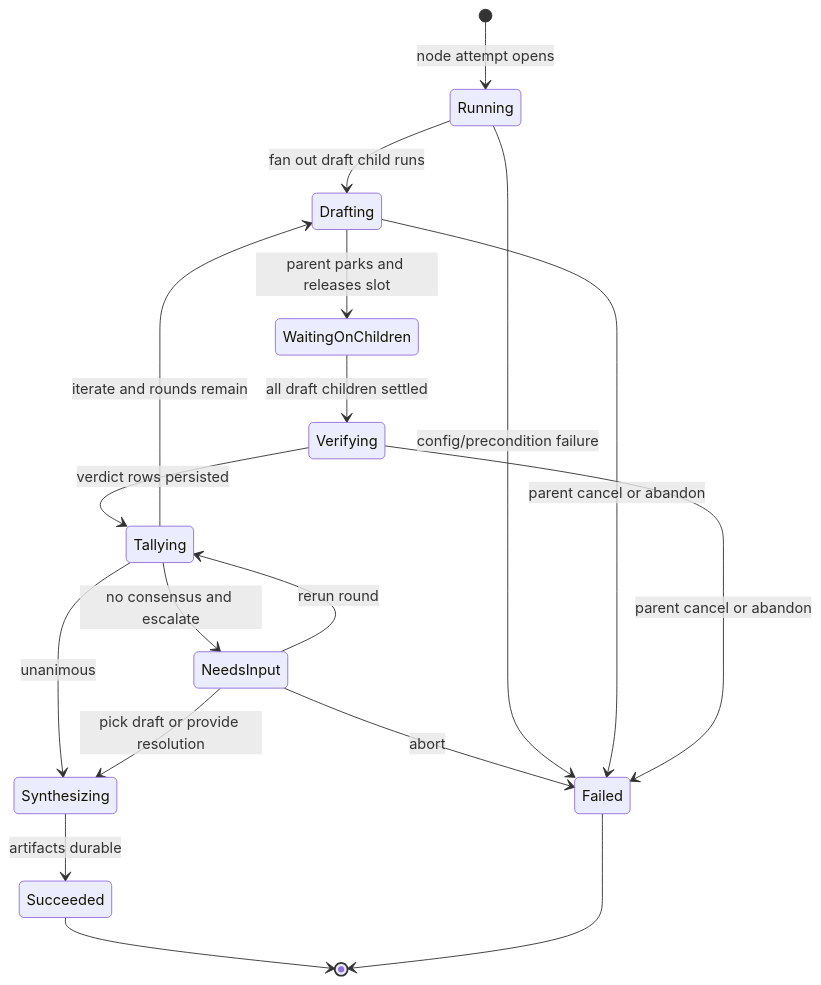
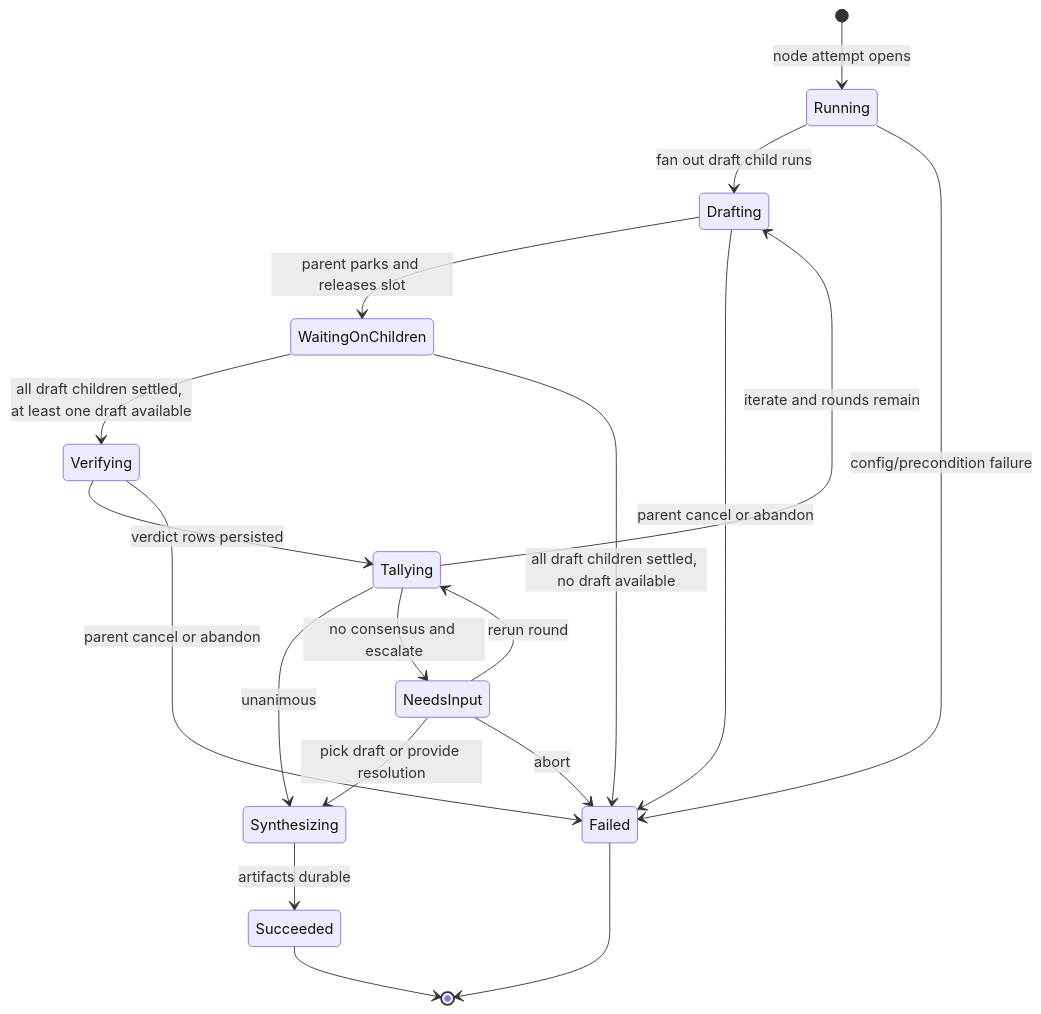
Before and after one commit to maister-dev/maister: the first of 4 diagrams in docs/system-analytics/consensus.md, drawn with Mermaid. The commit also changed other lines of this file and 19 other files, not shown here.

First line of the commit message:
fix(consensus): dispatch draft children outside the parent's traversal claim

````diff
--- a/docs/system-analytics/consensus.md
+++ b/docs/system-analytics/consensus.md
@@ -67,20 +67,21 @@
 ```mermaid
 stateDiagram-v2
     [*] --> Running: node attempt opens
     Running --> Drafting: fan out draft child runs
     Drafting --> WaitingOnChildren: parent parks and releases slot
-    WaitingOnChildren --> Verifying: all draft children settled
+    WaitingOnChildren --> Verifying: all draft children settled, at least one draft available
+    WaitingOnChildren --> Failed: all draft children settled, no draft available
     Verifying --> Tallying: verdict rows persisted
     Tallying --> Synthesizing: unanimous
     Tallying --> Drafting: iterate and rounds remain
     Tallying --> NeedsInput: no consensus and escalate
     NeedsInput --> Tallying: rerun round
     NeedsInput --> Synthesizing: pick draft or provide resolution
     NeedsInput --> Failed: abort
     Synthesizing --> Succeeded: artifacts durable
     Running --> Failed: config/precondition failure
     Drafting --> Failed: parent cancel or abandon
     Verifying --> Failed: parent cancel or abandon
     Succeeded --> [*]
     Failed --> [*]
 ```
````
